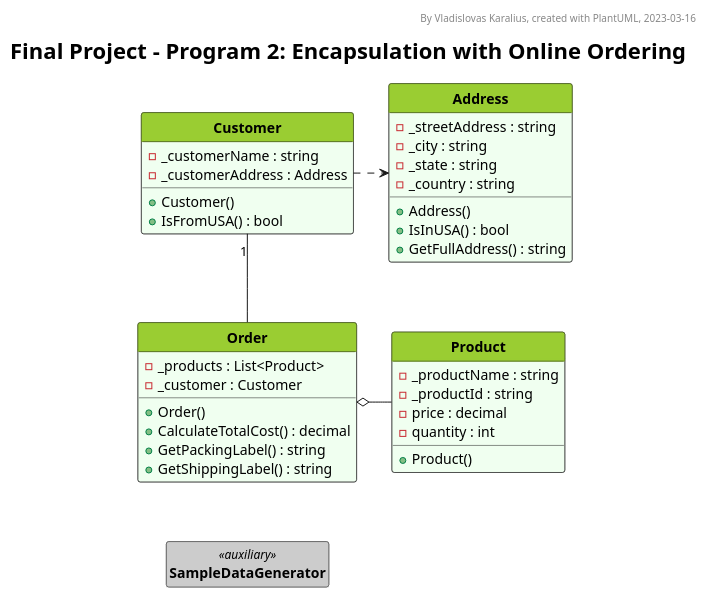
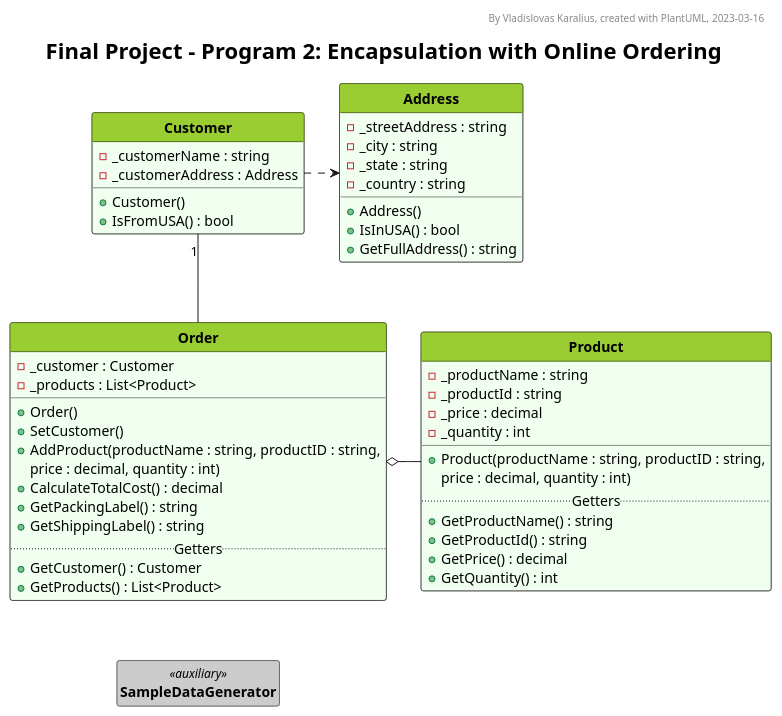
One commit to VladKaralius/cse210-projects changed the diagram in final/Foundation2/UML_diagram.pu. Above: the diagram before and after it, drawn with PlantUML.

Commit message:
Added getters

```diff
--- a/final/Foundation2/UML_diagram.pu
+++ b/final/Foundation2/UML_diagram.pu
@@ -1,133 +1,147 @@
 @startuml UML_diagram
 
 '--Formatting options--
 hide circle
 hide empty members
 'skinparam classAttributeIconSize 0
 skinparam style strictuml
 'skinparam groupInheritance 2
 'skinparam linetype ortho
 'skinparam Nodesep 15
 'skinparam Ranksep 25
 'left to right direction
 
 '--Styling--
 'skinparam BackgroundColor White/LightGreen
 skinparam TitleFontSize 22
 
 <style>
 classDiagram {
   class {
     '-attributes and methods-
     'FontSize 14
     'FontColor black
     'BackgroundColor #fefece
     BackgroundColor #f0fff0
     'RoundCorner 0
     '-class name-
     header {
       'FontSize 12
       'FontColor Black
       FontStyle bold
       BackgroundColor YellowGreen
     }
     
     ' Alternative class style 1
     .style1 {
       BackgroundColor Bisque
       header {
         BackgroundColor Orange
       }
     }
 
     ' Alternative class style 2
     .auxiliary {
       BackgroundColor #eeeeee
       header {
         BackgroundColor #cccccc
       }
     }
   }
   note {
     BackgroundColor Yellow
   }
   legend {
     FontSize 18
   }
 </style>
 
 '--Header, title, caption--
 header By Vladislovas Karalius, created with PlantUML, 2023-03-16
 title Final Project - Program 2: Encapsulation with Online Ordering
 'caption <:warning:>Constructors without parameters are not shown in this diagram
 
 ' Dummy class that explains visibility symbols
 ' class Markers #dddddd {
 ' Attributes
 ' ..
 ' - private
 ' # protected
 ' + public
 ' {static} static
 ' --
 ' Methods
 ' ..
 ' - private()
 ' # protected()
 ' + public()
 ' {static} static()
 ' }
 
 '--Main--
 class Order {
+  - _customer : Customer
   - _products : List<Product> 
-  - _customer : Customer
+  __
   + Order()
+  + SetCustomer()
+  + AddProduct(productName : string, productID : string,
+    price : decimal, quantity : int)
   + CalculateTotalCost() : decimal
   + GetPackingLabel() : string
   + GetShippingLabel() : string
+  ..Getters..
+  + GetCustomer() : Customer
+  + GetProducts() : List<Product>
 }
 
 class Product {
   - _productName : string
   - _productId : string
-  - price : decimal
-  - quantity : int
-  + Product()
+  - _price : decimal
+  - _quantity : int
+  __
+  + Product(productName : string, productID : string,
+    price : decimal, quantity : int)
+  ..Getters..
+  + GetProductName() : string
+  + GetProductId() : string
+  + GetPrice() : decimal
+  + GetQuantity() : int
 }
 
 class Customer {
 - _customerName : string
 - _customerAddress : Address
 + Customer()
 + IsFromUSA() : bool
 
 }
 
 class Address {
   - _streetAddress : string
   - _city : string
   - _state : string
   - _country : string
   + Address()
   + IsInUSA() : bool
   + GetFullAddress() : string
 }
 
 class SampleDataGenerator <<auxiliary>> {
 
 }
 
 Order o- Product
 Customer "1" -- Order
 Customer .> Address
 Order .[hidden]. SampleDataGenerator
 
 '--Description--
 ' legend bottom
 ' <size:22>__**Core Requirements**__
 ' The program has one base class **Activity**. This class contains the attributes and methods
 ' that are common to all activities. Certain functions are put into separate classes as follows:
 ' endlegend
 
 @enduml
```
